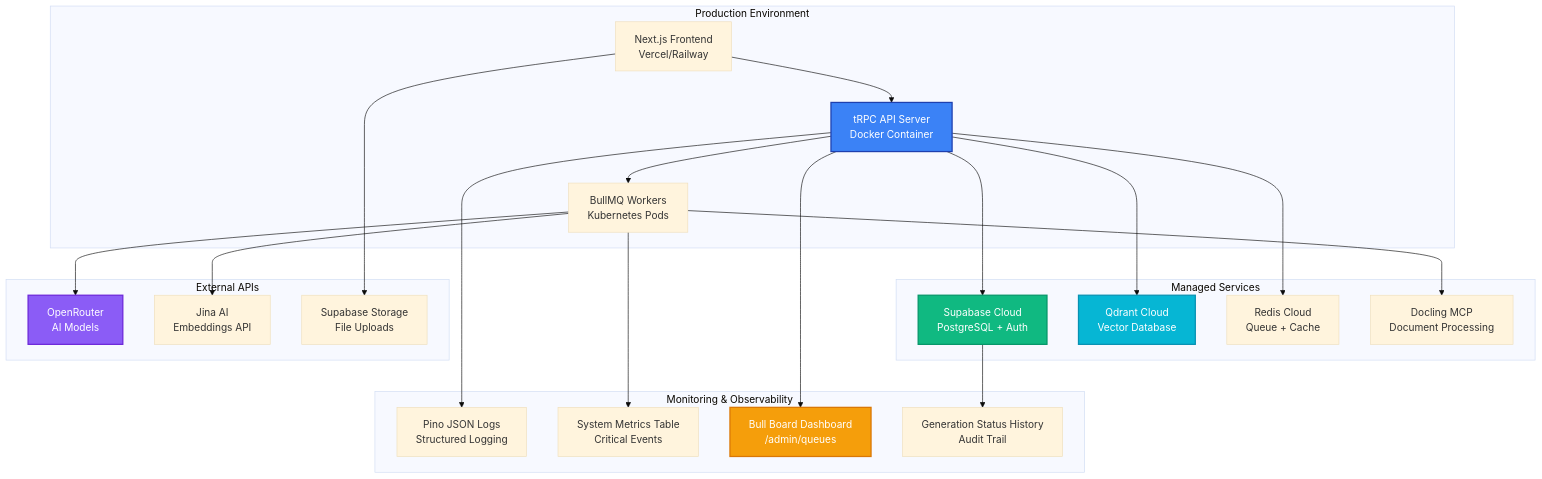
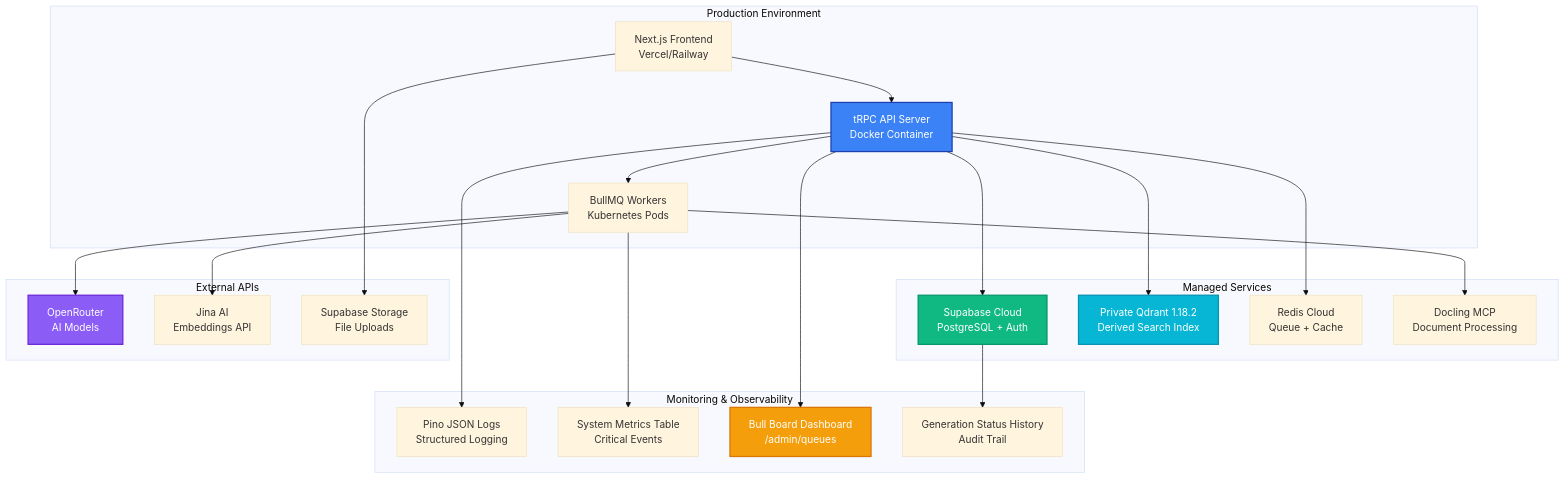
One commit to maslennikov-ig/MC-2 changed the tenth of 10 diagrams in docs/ARCHITECTURE-DIAGRAM.md. Above: the diagram before and after it, drawn with Mermaid (base theme). The commit also changed other lines of this file and 30 other files, not shown here.

````diff
--- a/docs/ARCHITECTURE-DIAGRAM.md
+++ b/docs/ARCHITECTURE-DIAGRAM.md
@@ -1035,51 +1035,51 @@
 ```mermaid
 graph TB
     subgraph "Production Environment"
         PROD1[Next.js Frontend<br/>Vercel/Railway]
         PROD2[tRPC API Server<br/>Docker Container]
         PROD3[BullMQ Workers<br/>Kubernetes Pods]
     end
 
     subgraph "Managed Services"
         SVC1[Supabase Cloud<br/>PostgreSQL + Auth]
-        SVC2[Qdrant Cloud<br/>Vector Database]
+        SVC2[Private Qdrant 1.18.2<br/>Derived Search Index]
         SVC3[Redis Cloud<br/>Queue + Cache]
         SVC4[Docling MCP<br/>Document Processing]
     end
 
     subgraph "External APIs"
         EXT1[OpenRouter<br/>AI Models]
         EXT2[Jina AI<br/>Embeddings API]
         EXT3[Supabase Storage<br/>File Uploads]
     end
 
     subgraph "Monitoring & Observability"
         MON1[Pino JSON Logs<br/>Structured Logging]
         MON2[System Metrics Table<br/>Critical Events]
         MON3[Bull Board Dashboard<br/>/admin/queues]
         MON4[Generation Status History<br/>Audit Trail]
     end
 
     PROD1 --> PROD2
     PROD2 --> PROD3
 
     PROD2 --> SVC1
     PROD2 --> SVC2
     PROD2 --> SVC3
     PROD3 --> SVC4
 
     PROD3 --> EXT1
     PROD3 --> EXT2
     PROD1 --> EXT3
 
     PROD2 --> MON1
     PROD3 --> MON2
     PROD2 --> MON3
     SVC1 --> MON4
 
     style PROD2 fill:#3b82f6,stroke:#1e40af,stroke-width:2px,color:#fff
     style SVC1 fill:#10b981,stroke:#059669,stroke-width:2px,color:#fff
     style SVC2 fill:#06b6d4,stroke:#0891b2,stroke-width:2px,color:#fff
     style EXT1 fill:#8b5cf6,stroke:#6d28d9,stroke-width:2px,color:#fff
     style MON3 fill:#f59e0b,stroke:#d97706,stroke-width:2px,color:#fff
 ```
````
